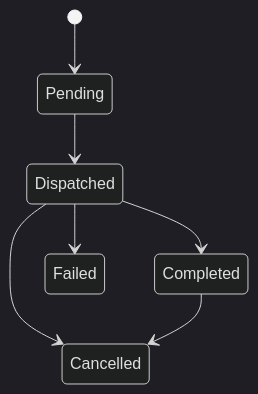
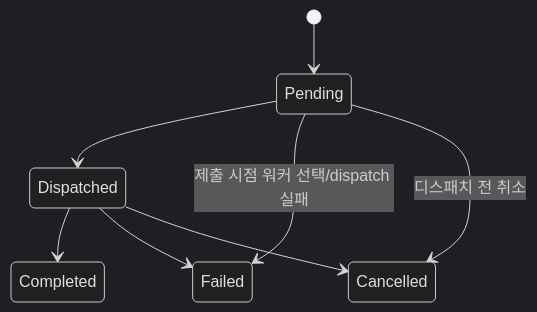
Before and after one commit to yarang/grok-fleet-orchestrator: the diagram in docs/assets/diagrams/architecture/scheduler-task-state.mmd, drawn with Mermaid (dark theme). The commit also changed 8 other files, not shown here.

First line of the commit message:
docs(architecture): fact-check overview.md against code, fix 9 diagrams

```diff
--- a/docs/assets/diagrams/architecture/scheduler-task-state.mmd
+++ b/docs/assets/diagrams/architecture/scheduler-task-state.mmd
@@ -1,7 +1,8 @@
 stateDiagram-v2
     [*] --> Pending
     Pending --> Dispatched
+    Pending --> Failed : 제출 시점 워커 선택/dispatch 실패
+    Pending --> Cancelled : 디스패치 전 취소
     Dispatched --> Completed
     Dispatched --> Failed
     Dispatched --> Cancelled
-    Completed --> Cancelled
```
